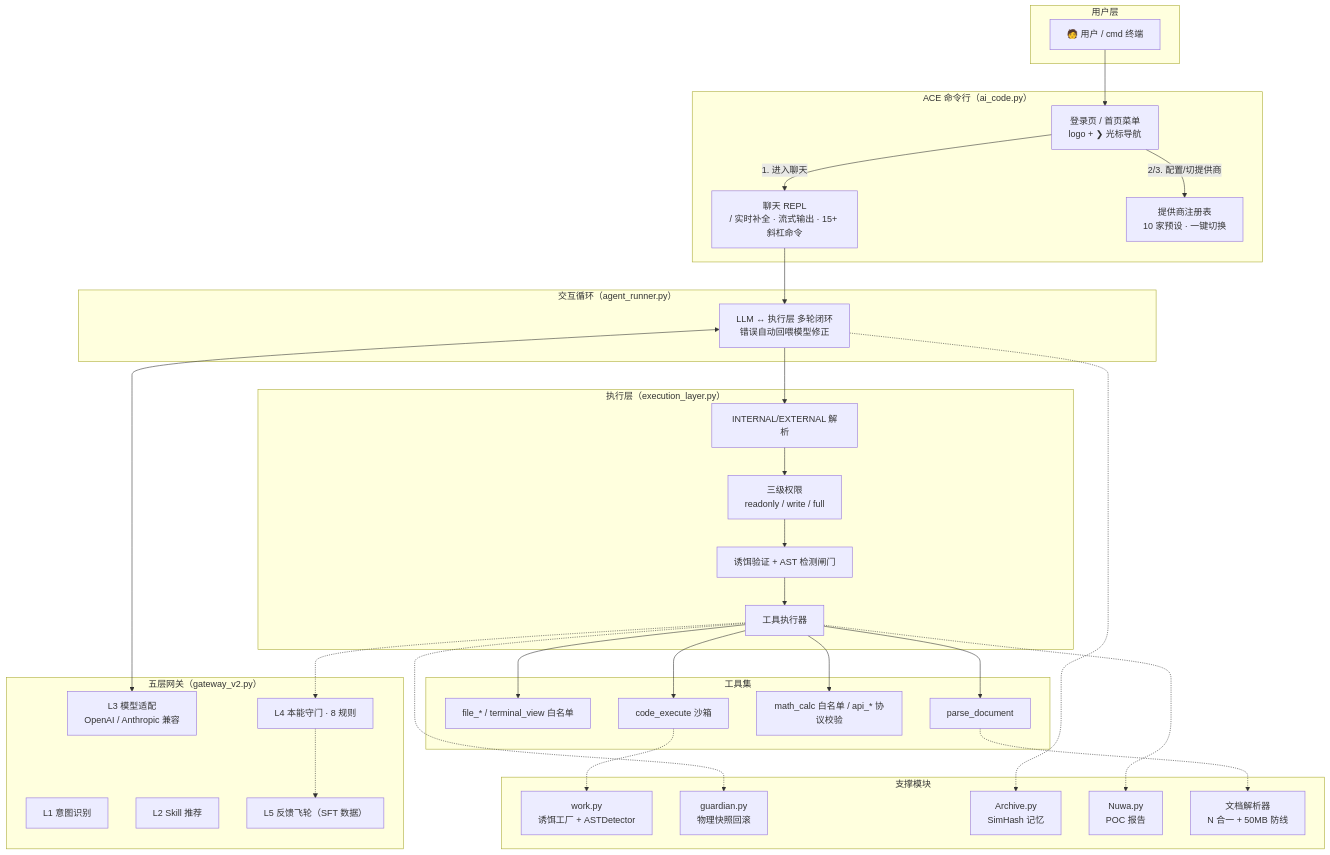
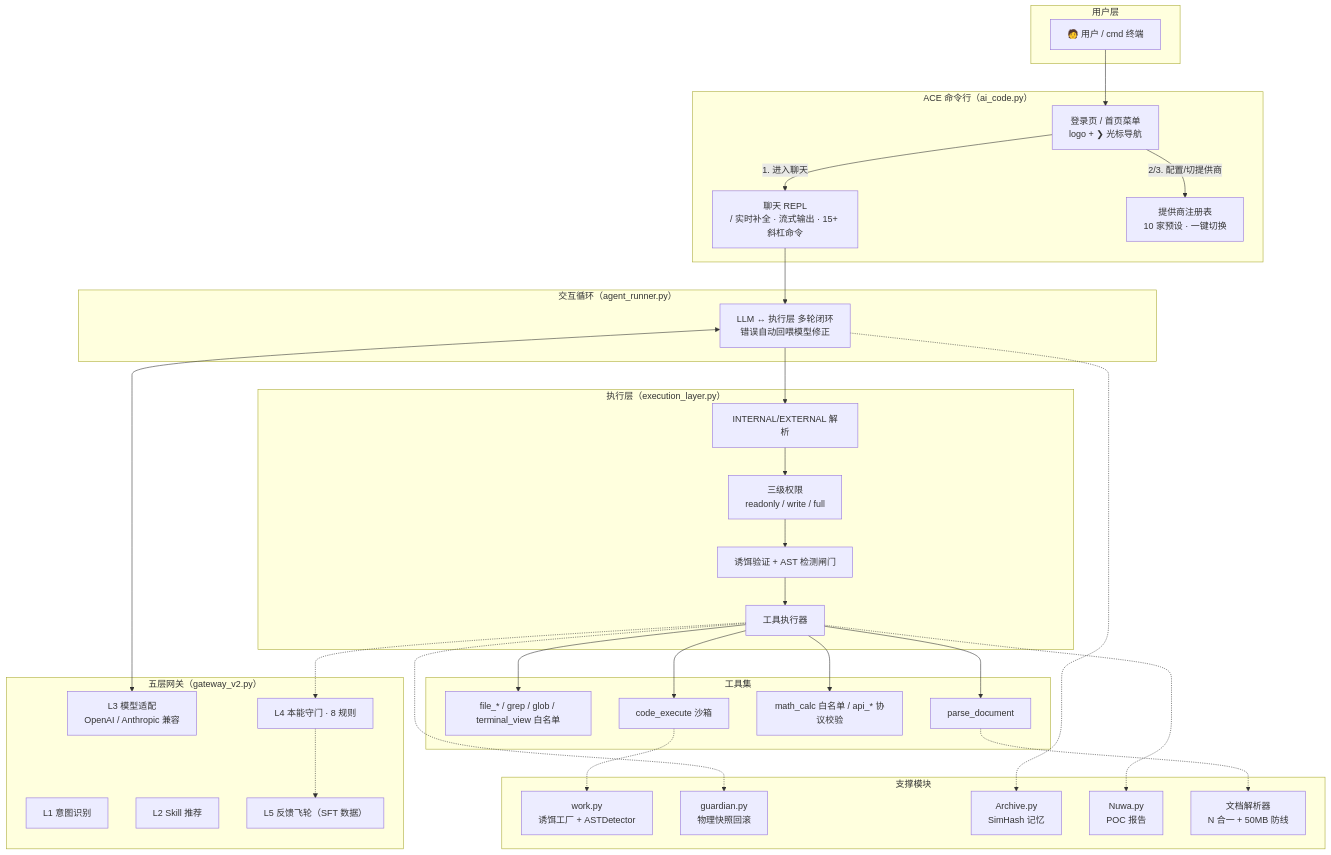
Before and after one commit to jincheng3870682453-hash/ace-agent: the diagram in README.md, drawn with Mermaid. The commit also changed other lines of this file and 15 other files, not shown here.

First line of the commit message:
feat(tools): 引入工具注册表，收紧路径/命令/SSRF 边界，新增 grep/glob/str_replace

````diff
--- a/README.md
+++ b/README.md
@@ -31,58 +36,59 @@
 ```mermaid
 flowchart TB
     subgraph 用户层["用户层"]
         U["🧑 用户 / cmd 终端"]
     end
     subgraph ACE["ACE 命令行（ai_code.py）"]
         L["登录页 / 首页菜单<br/>logo + ❯ 光标导航"]
         R["聊天 REPL<br/>/ 实时补全 · 流式输出 · 15+ 斜杠命令"]
         P["提供商注册表<br/>10 家预设 · 一键切换"]
     end
     subgraph LOOP["交互循环（agent_runner.py）"]
         C["LLM ↔ 执行层 多轮闭环<br/>错误自动回喂模型修正"]
     end
     subgraph GW["五层网关（gateway_v2.py）"]
         L1["L1 意图识别"]
         L2["L2 Skill 推荐"]
         L3["L3 模型适配<br/>OpenAI / Anthropic 兼容"]
         L4["L4 本能守门 · 8 规则"]
         L5["L5 反馈飞轮（SFT 数据）"]
     end
     subgraph EL["执行层（execution_layer.py）"]
         PARSE["INTERNAL/EXTERNAL 解析"]
         PERM["三级权限<br/>readonly / write / full"]
         GATE["诱饵验证 + AST 检测闸门"]
         EXEC["工具执行器"]
     end
     subgraph TOOLS["工具集"]
-        T1["file_* / terminal_view 白名单"]
+        T1["file_* / grep / glob / terminal_view 白名单"]
+
         T2["code_execute 沙箱"]
         T3["math_calc 白名单 / api_* 协议校验"]
         T4["parse_document"]
     end
     subgraph SUPPORT["支撑模块"]
         W["work.py<br/>诱饵工厂 + ASTDetector"]
         G["guardian.py<br/>物理快照回滚"]
         A["Archive.py<br/>SimHash 记忆"]
         N["Nuwa.py<br/>POC 报告"]
         D["文档解析器<br/>N 合一 + 50MB 防线"]
     end
 
     U --> L
     L -->|"1. 进入聊天"| R
     L -->|"2/3. 配置/切提供商"| P
     R --> C
     C <--> L3
     C --> PARSE
     PARSE --> PERM
     PERM --> GATE
     GATE --> EXEC
     EXEC --> T1 & T2 & T3 & T4
     T2 -.-> W
     EXEC -.-> L4
     L4 -.-> L5
     EXEC -.-> G
     C -.-> A
     EXEC -.-> N
     T4 -.-> D
 ```
````
